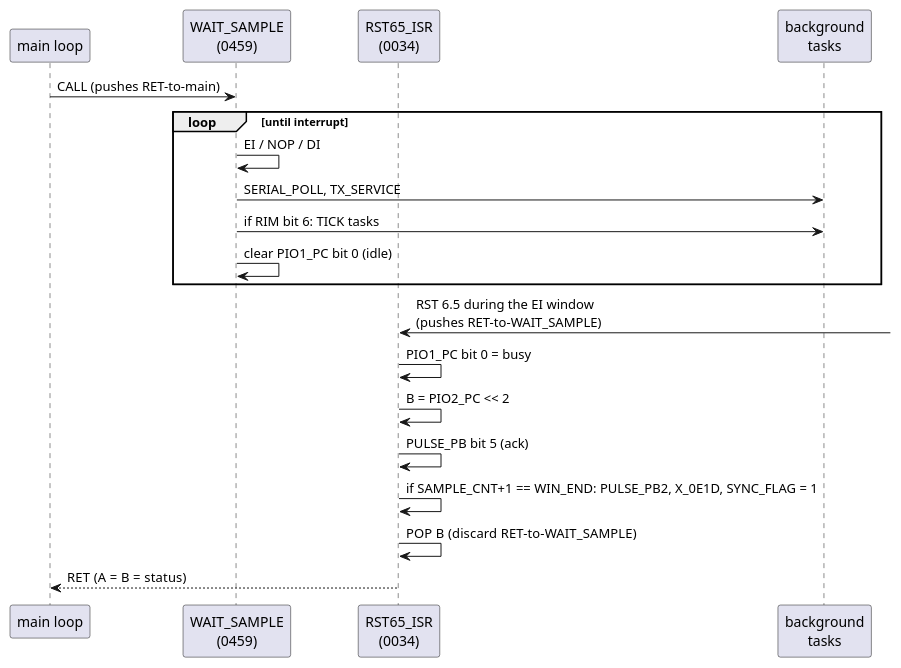
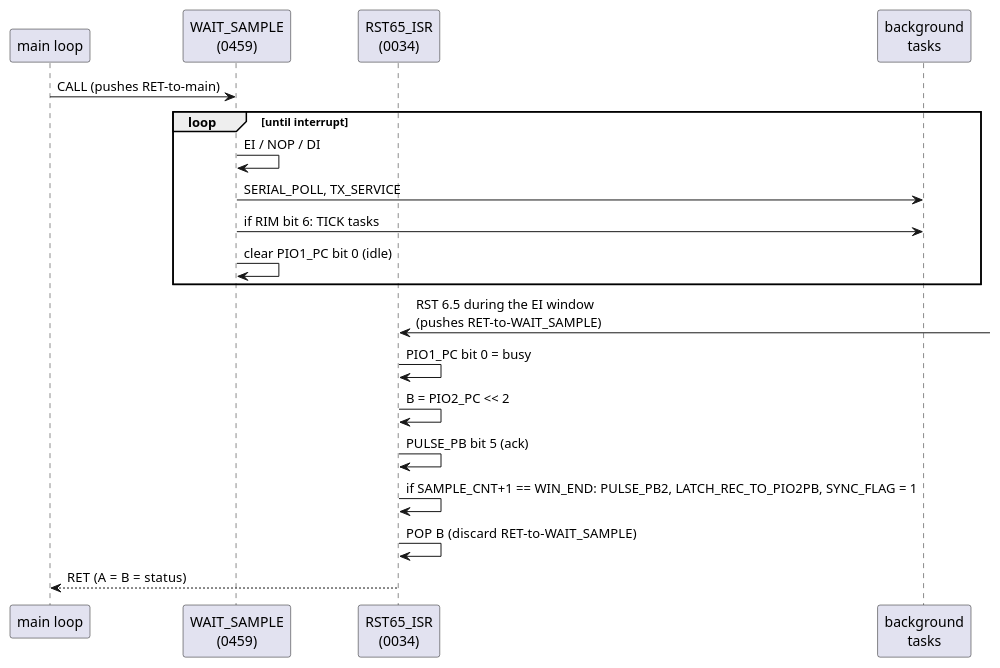
Before and after one commit to Mwwhited-BookLearning/navtec-roms: the second of 3 diagrams in docs/firmware.md, drawn with PlantUML. The commit also changed other lines of this file and 8 other files, not shown here.

````diff
--- a/docs/firmware.md
+++ b/docs/firmware.md
@@ -49,23 +49,23 @@
 ```plantuml
 @startuml
 participant "main loop" as M
 participant "WAIT_SAMPLE\n(0459)" as W
 participant "RST65_ISR\n(0034)" as I
 participant "background\ntasks" as B
 
 M -> W : CALL (pushes RET-to-main)
 loop until interrupt
   W -> W : EI / NOP / DI
   W -> B : SERIAL_POLL, TX_SERVICE
   W -> B : if RIM bit 6: TICK tasks
   W -> W : clear PIO1_PC bit 0 (idle)
 end
 I <- : RST 6.5 during the EI window\n(pushes RET-to-WAIT_SAMPLE)
 I -> I : PIO1_PC bit 0 = busy
 I -> I : B = PIO2_PC << 2
 I -> I : PULSE_PB bit 5 (ack)
-I -> I : if SAMPLE_CNT+1 == WIN_END: PULSE_PB2, X_0E1D, SYNC_FLAG = 1
+I -> I : if SAMPLE_CNT+1 == WIN_END: PULSE_PB2, LATCH_REC_TO_PIO2PB, SYNC_FLAG = 1
 I -> I : POP B  (discard RET-to-WAIT_SAMPLE)
 I --> M : RET  (A = B = status)
 @enduml
 ```
````
